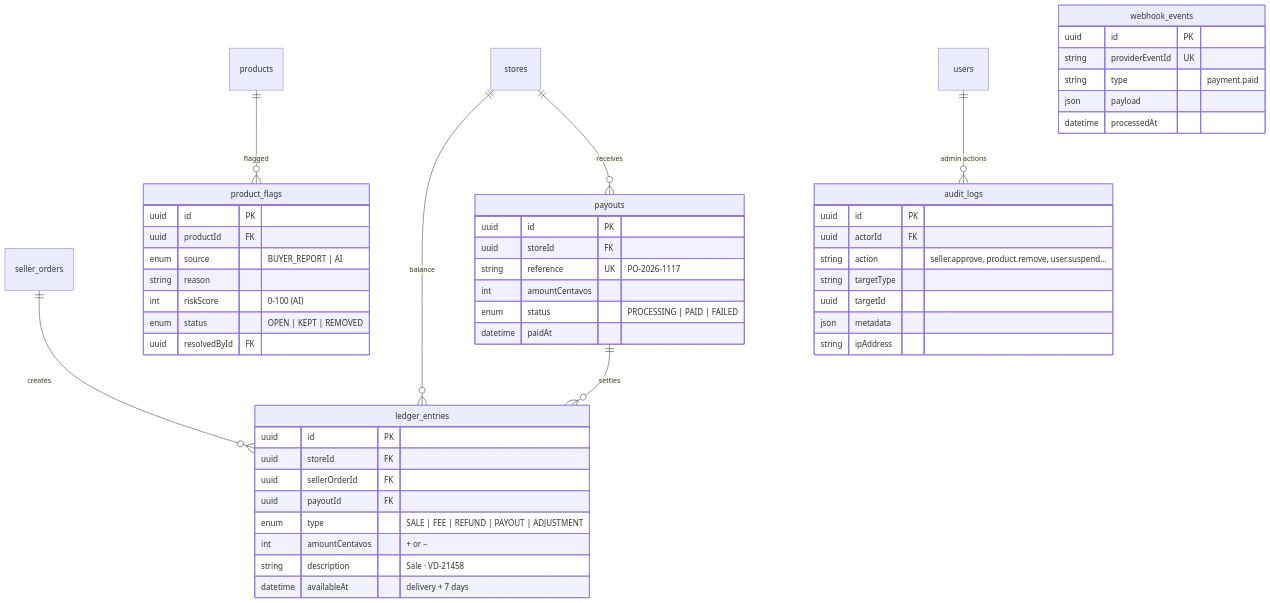
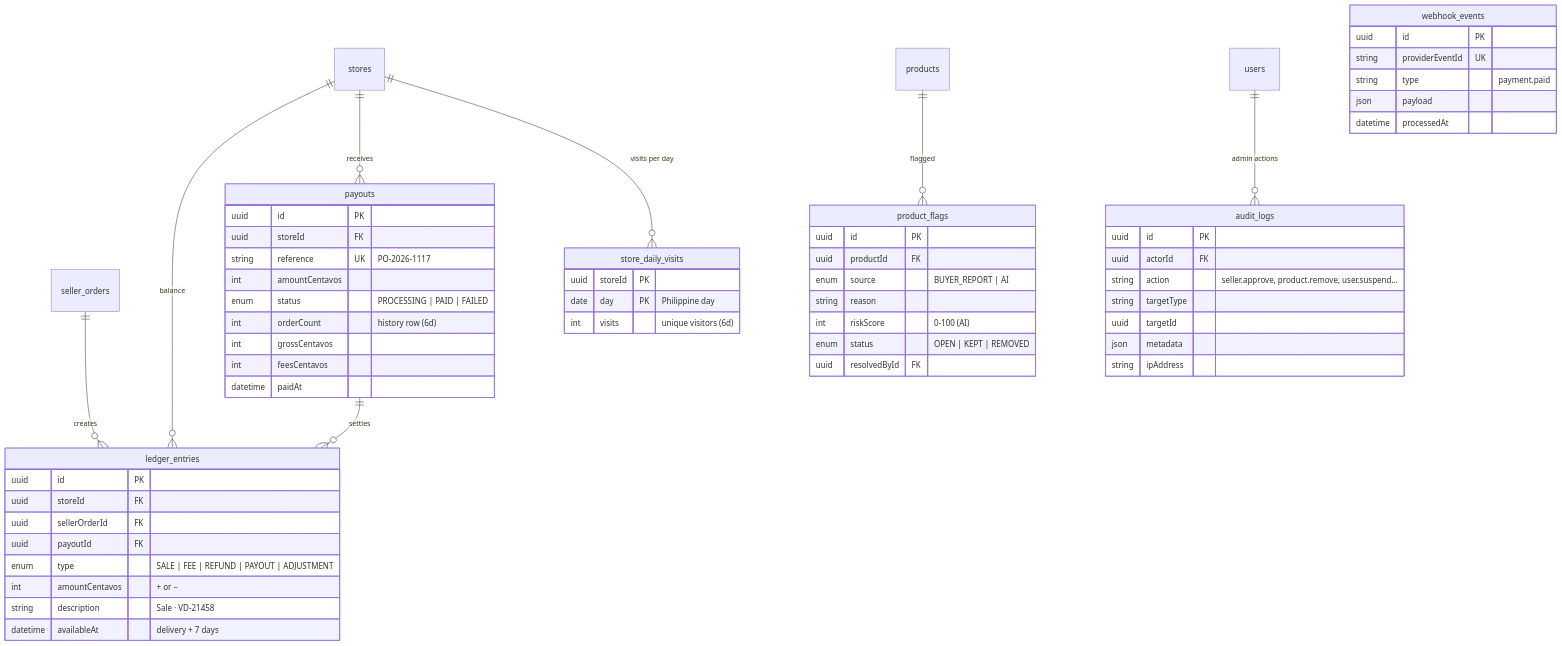
One commit to Justin-25/E-commerce-FullStack-project changed the fifth of 5 diagrams in backend/docs/database-design.md. Above: the diagram before and after it, drawn with Mermaid. The commit also changed other lines of this file and 29 other files, not shown here.

First line of the commit message:
Add seller dashboard, store visits and payouts (milestone 6d)

````diff
--- a/backend/docs/database-design.md
+++ b/backend/docs/database-design.md
@@ -397,52 +397,61 @@
 ```mermaid
 erDiagram
   stores ||--o{ ledger_entries : "balance"
   seller_orders ||--o{ ledger_entries : "creates"
   stores ||--o{ payouts : "receives"
   payouts ||--o{ ledger_entries : "settles"
+  stores ||--o{ store_daily_visits : "visits per day"
   products ||--o{ product_flags : "flagged"
   users ||--o{ audit_logs : "admin actions"
   ledger_entries {
     uuid id PK
     uuid storeId FK
     uuid sellerOrderId FK
     uuid payoutId FK
     enum type "SALE | FEE | REFUND | PAYOUT | ADJUSTMENT"
     int amountCentavos "+ or −"
     string description "Sale · VD-21458"
     datetime availableAt "delivery + 7 days"
   }
   payouts {
     uuid id PK
     uuid storeId FK
     string reference UK "PO-2026-1117"
     int amountCentavos
     enum status "PROCESSING | PAID | FAILED"
+    int orderCount "history row (6d)"
+    int grossCentavos
+    int feesCentavos
     datetime paidAt
+  }
+  store_daily_visits {
+    uuid storeId PK
+    date day PK "Philippine day"
+    int visits "unique visitors (6d)"
   }
   webhook_events {
     uuid id PK
     string providerEventId UK
     string type "payment.paid"
     json payload
     datetime processedAt
   }
   product_flags {
     uuid id PK
     uuid productId FK
     enum source "BUYER_REPORT | AI"
     string reason
     int riskScore "0-100 (AI)"
     enum status "OPEN | KEPT | REMOVED"
     uuid resolvedById FK
   }
   audit_logs {
     uuid id PK
     uuid actorId FK
     string action "seller.approve, product.remove, user.suspend…"
     string targetType
     uuid targetId
     json metadata
     string ipAddress
   }
 ```
````
